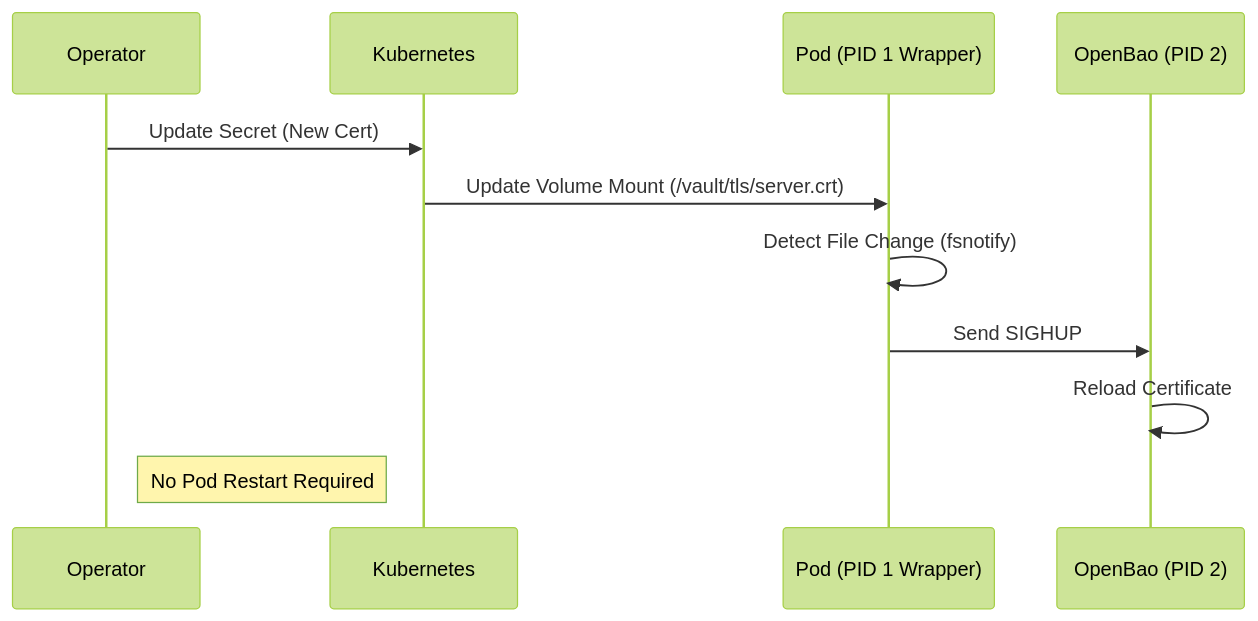
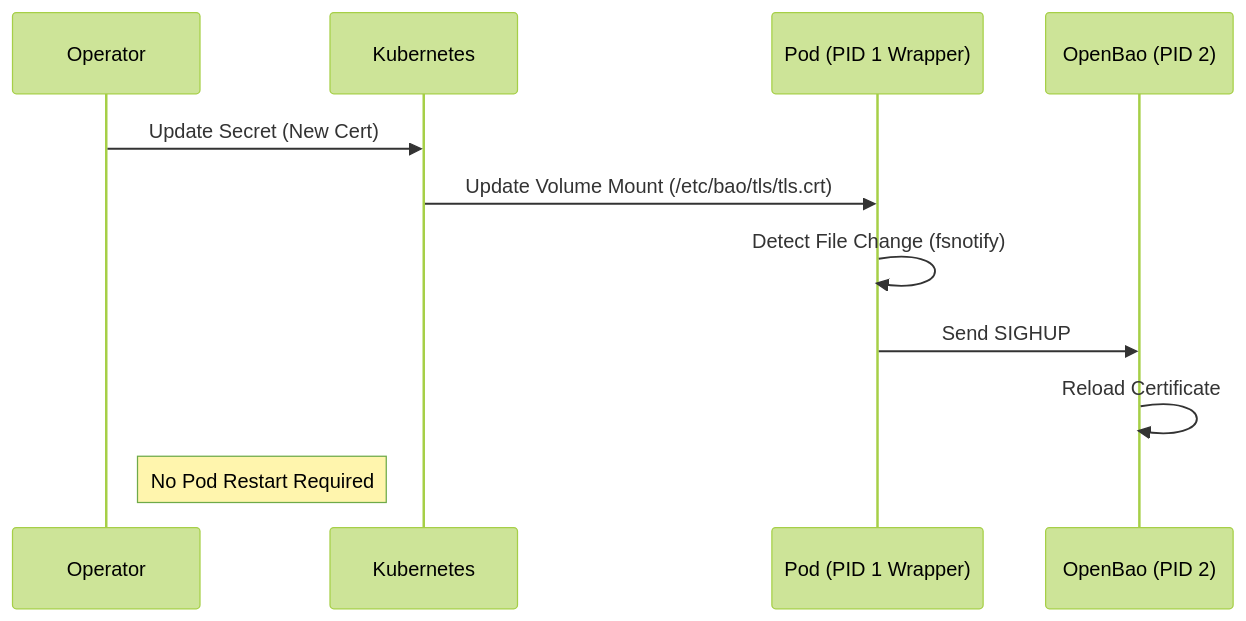
The second of 2 diagrams in docs/architecture/cert-manager.md (dc-tec/openbao-operator), drawn with Mermaid (forest theme) before and after one commit. The commit also changed other lines of this file and 48 other files, not shown here.

````diff
--- a/docs/architecture/cert-manager.md
+++ b/docs/architecture/cert-manager.md
@@ -50,15 +48,15 @@
 ```mermaid
 sequenceDiagram
     participant Op as Operator
     participant K8s as Kubernetes
     participant Pod as Pod (PID 1 Wrapper)
     participant Bao as OpenBao (PID 2)
 
     Op->>K8s: Update Secret (New Cert)
-    K8s->>Pod: Update Volume Mount (/vault/tls/server.crt)
+    K8s->>Pod: Update Volume Mount (/etc/bao/tls/tls.crt)
     Pod->>Pod: Detect File Change (fsnotify)
     Pod->>Bao: Send SIGHUP
     Bao->>Bao: Reload Certificate
     
     note right of Op: No Pod Restart Required
 ```
````
